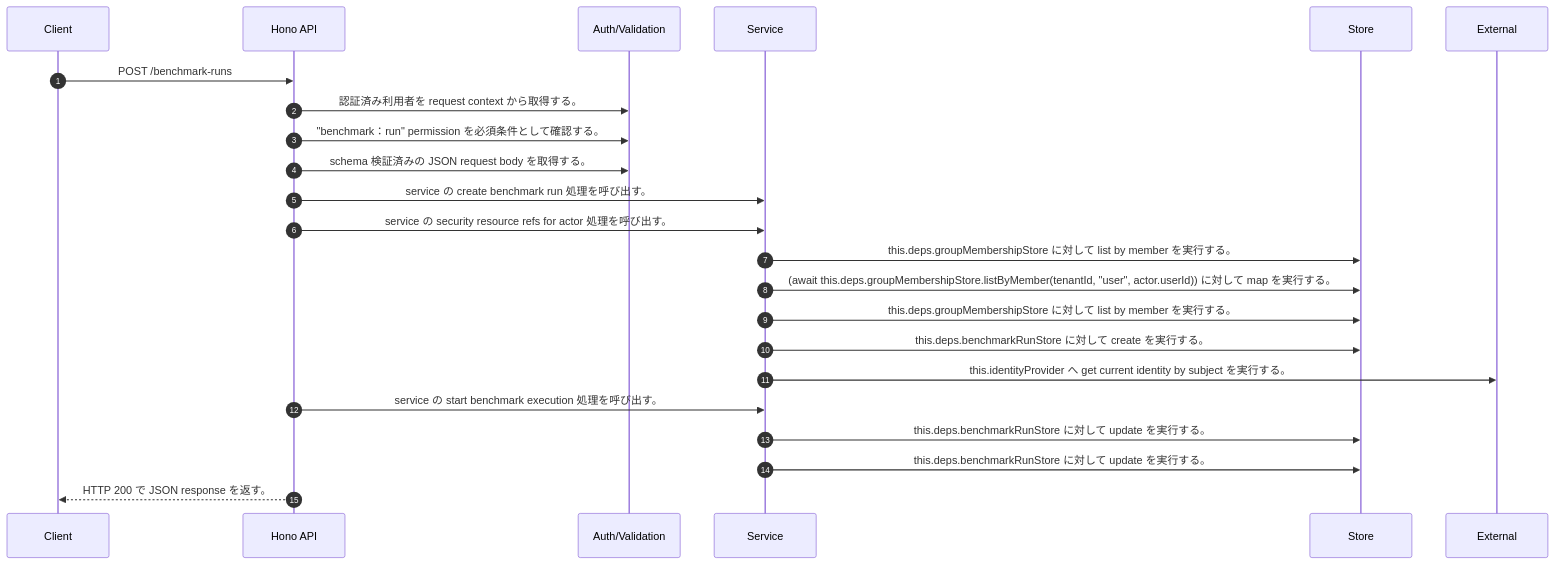
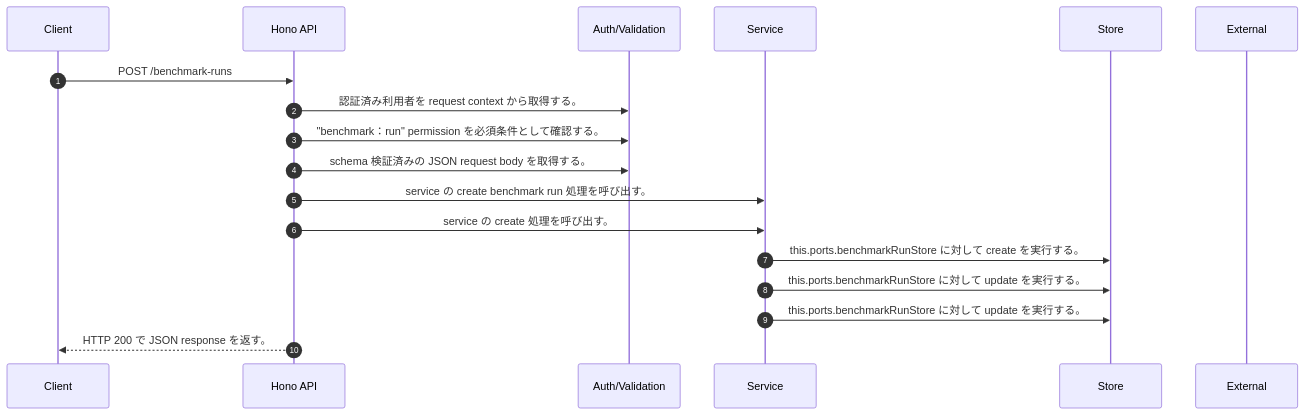
Before and after one commit to tsuji-tomonori/rag-assist: the diagram in docs/generated/api-code/post-benchmark-runs/sequence_gen.md, drawn with Mermaid. The commit also changed other lines of this file and 467 other files, not shown here.

````diff
--- a/docs/generated/api-code/post-benchmark-runs/sequence_gen.md
+++ b/docs/generated/api-code/post-benchmark-runs/sequence_gen.md
@@ -7,25 +7,20 @@
 ```mermaid
 sequenceDiagram
   autonumber
   participant Client as Client
   participant API as Hono API
   participant Auth as Auth/Validation
   participant Service as Service
   participant Store as Store
   participant External as External
   Client->>API: POST /benchmark-runs
   API->>Auth: 認証済み利用者を request context から取得する。
   API->>Auth: "benchmark：run" permission を必須条件として確認する。
   API->>Auth: schema 検証済みの JSON request body を取得する。
   API->>Service: service の create benchmark run 処理を呼び出す。
-  API->>Service: service の security resource refs for actor 処理を呼び出す。
-  Service->>Store: this.deps.groupMembershipStore に対して list by member を実行する。
-  Service->>Store: (await this.deps.groupMembershipStore.listByMember(tenantId, "user", actor.userId))        に対して map を実行する。
-  Service->>Store: this.deps.groupMembershipStore に対して list by member を実行する。
-  Service->>Store: this.deps.benchmarkRunStore に対して create を実行する。
-  Service->>External: this.identityProvider へ get current identity by subject を実行する。
-  API->>Service: service の start benchmark execution 処理を呼び出す。
-  Service->>Store: this.deps.benchmarkRunStore に対して update を実行する。
-  Service->>Store: this.deps.benchmarkRunStore に対して update を実行する。
+  API->>Service: service の create 処理を呼び出す。
+  Service->>Store: this.ports.benchmarkRunStore に対して create を実行する。
+  Service->>Store: this.ports.benchmarkRunStore に対して update を実行する。
+  Service->>Store: this.ports.benchmarkRunStore に対して update を実行する。
   API-->>Client: HTTP 200 で JSON response を返す。
 ```
````
